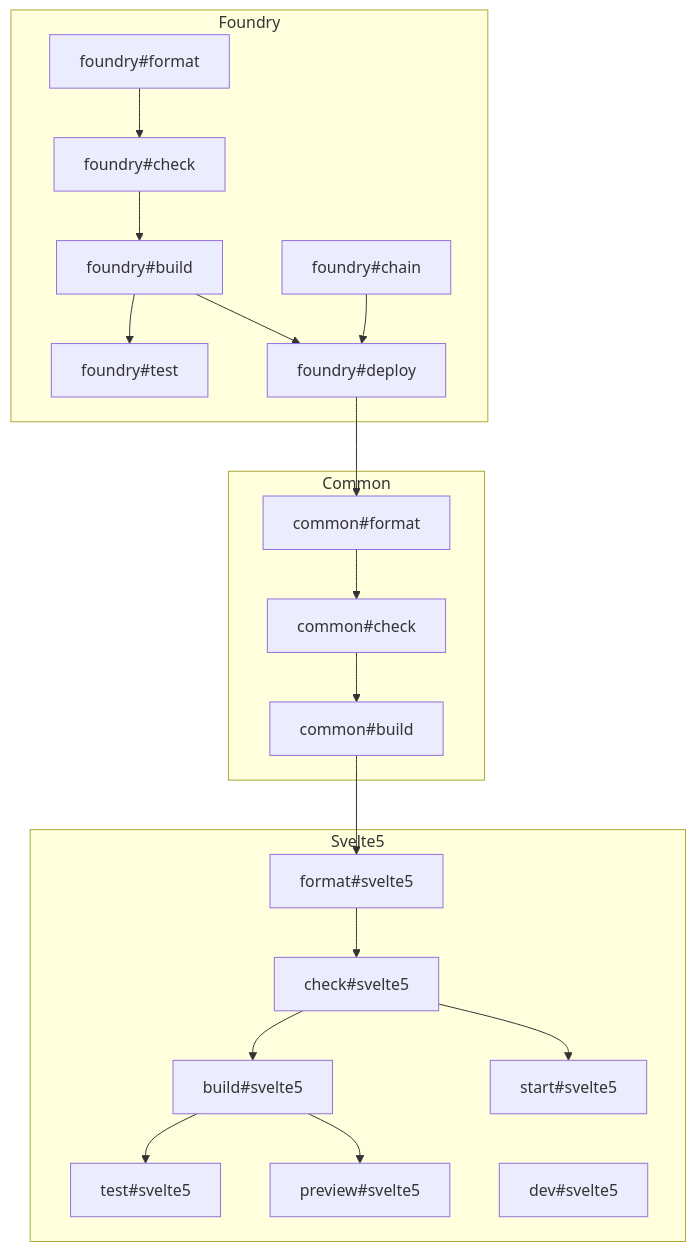
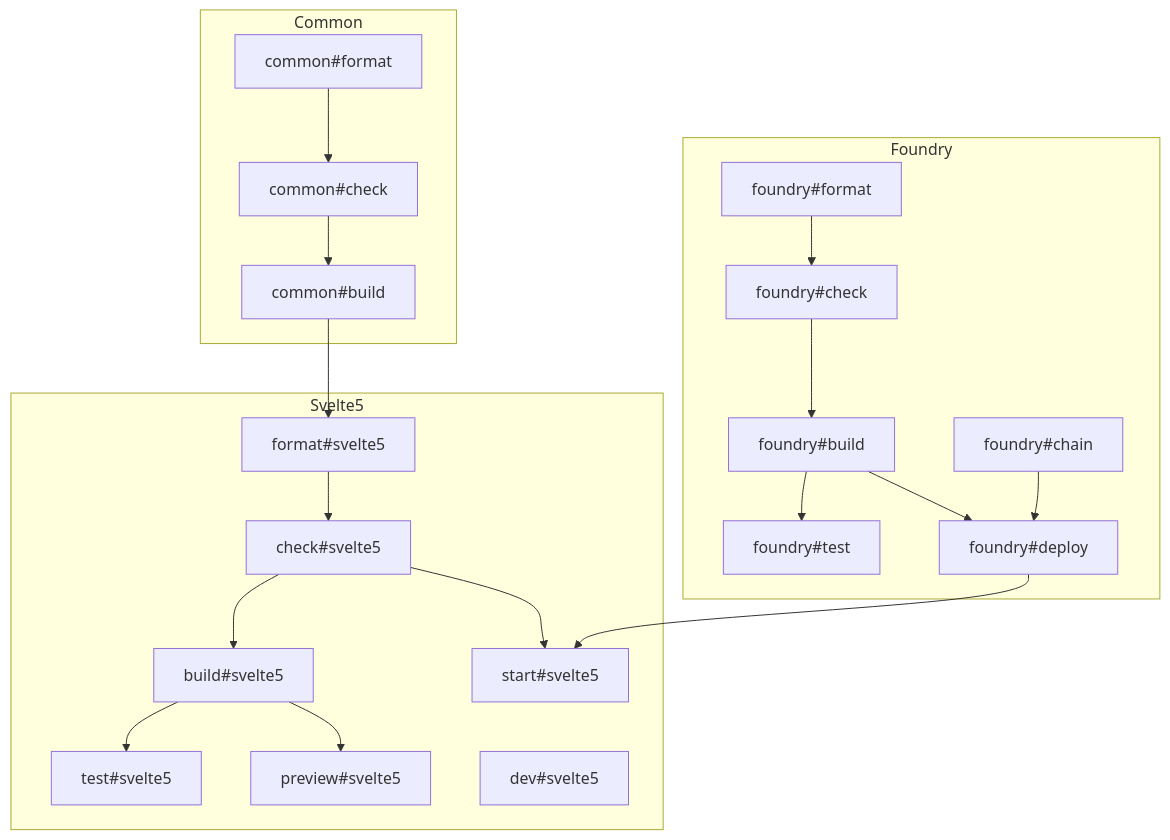
The diagram in docs/flow.md (Kredeum/onchain-ai), drawn with Mermaid before and after one commit. The commit also changed 14 other files, not shown here.

````diff
--- a/docs/flow.md
+++ b/docs/flow.md
@@ -1,34 +1,35 @@
 ```mermaid
 flowchart TD
     subgraph Foundry
         F1[foundry#format]
         F2[foundry#check]
         F3[foundry#build]
         F4[foundry#test]
         F5[foundry#chain]
         F6[foundry#deploy]
         F1 --> F2 --> F3 --> F4
         F3 --> F6
         F5 --> F6
     end
 
     subgraph Common
         C1[common#format]
         C2[common#check]
         C3[common#build]
-        F6 --> C1 --> C2 --> C3
+        C1 --> C2 --> C3
     end
 
     subgraph Svelte5
         S1[format#svelte5]
         S2[check#svelte5]
         S3[build#svelte5]
         S4[test#svelte5]
         S5[preview#svelte5]
         S6[start#svelte5]
         S7[dev#svelte5]
         C3 --> S1 --> S2 --> S3 --> S4
+        F6 --> S6
         S2 --> S6
         S3 --> S5
     end
 ```
````
